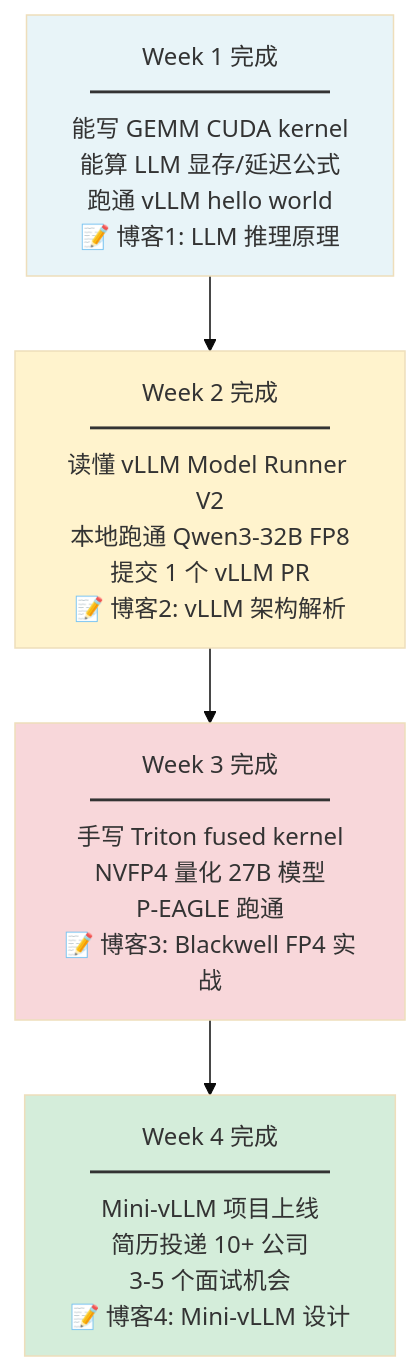
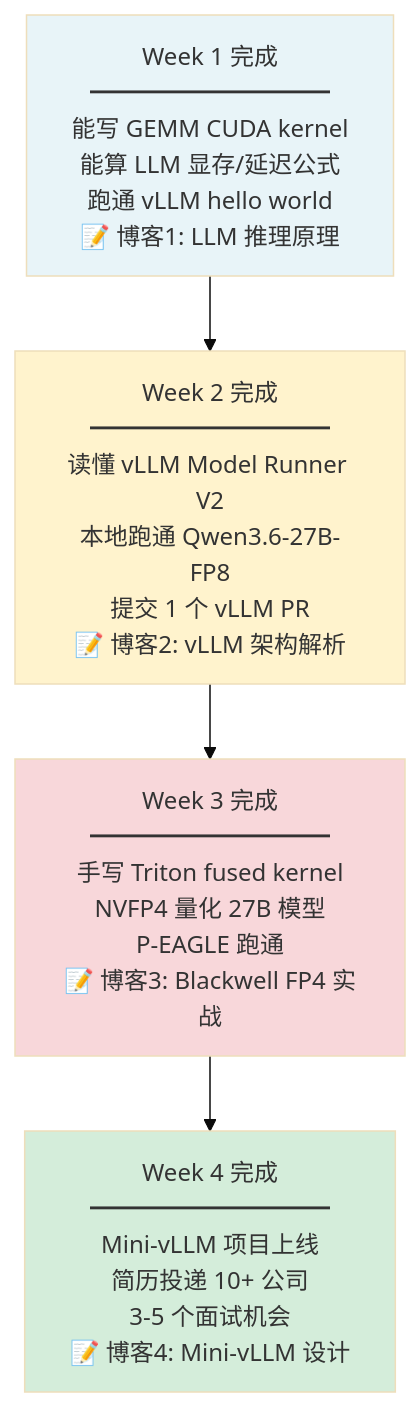
Before and after one commit to Xuefei-Zhang/llm-infer-journey: the third of 4 diagrams in README.md, drawn with Mermaid (base theme). The commit also changed other lines of this file and 11 other files, not shown here.

````diff
--- a/README.md
+++ b/README.md
@@ -87,17 +87,17 @@
 ```mermaid
 graph TD
     W1["Week 1 完成<br/>━━━━━━━━━━<br/>能写 GEMM CUDA kernel<br/>能算 LLM 显存/延迟公式<br/>跑通 vLLM hello world<br/>📝 博客1: LLM 推理原理"]
 
-    W2["Week 2 完成<br/>━━━━━━━━━━<br/>读懂 vLLM Model Runner V2<br/>本地跑通 Qwen3-32B FP8<br/>提交 1 个 vLLM PR<br/>📝 博客2: vLLM 架构解析"]
+    W2["Week 2 完成<br/>━━━━━━━━━━<br/>读懂 vLLM Model Runner V2<br/>本地跑通 Qwen3.6-27B-FP8<br/>提交 1 个 vLLM PR<br/>📝 博客2: vLLM 架构解析"]
 
     W3["Week 3 完成<br/>━━━━━━━━━━<br/>手写 Triton fused kernel<br/>NVFP4 量化 27B 模型<br/>P-EAGLE 跑通<br/>📝 博客3: Blackwell FP4 实战"]
 
     W4["Week 4 完成<br/>━━━━━━━━━━<br/>Mini-vLLM 项目上线<br/>简历投递 10+ 公司<br/>3-5 个面试机会<br/>📝 博客4: Mini-vLLM 设计"]
 
     W1 --> W2 --> W3 --> W4
 
     style W1 fill:#e8f4f8
     style W2 fill:#fff3cd
     style W3 fill:#f8d7da
     style W4 fill:#d4edda
 ```
````
